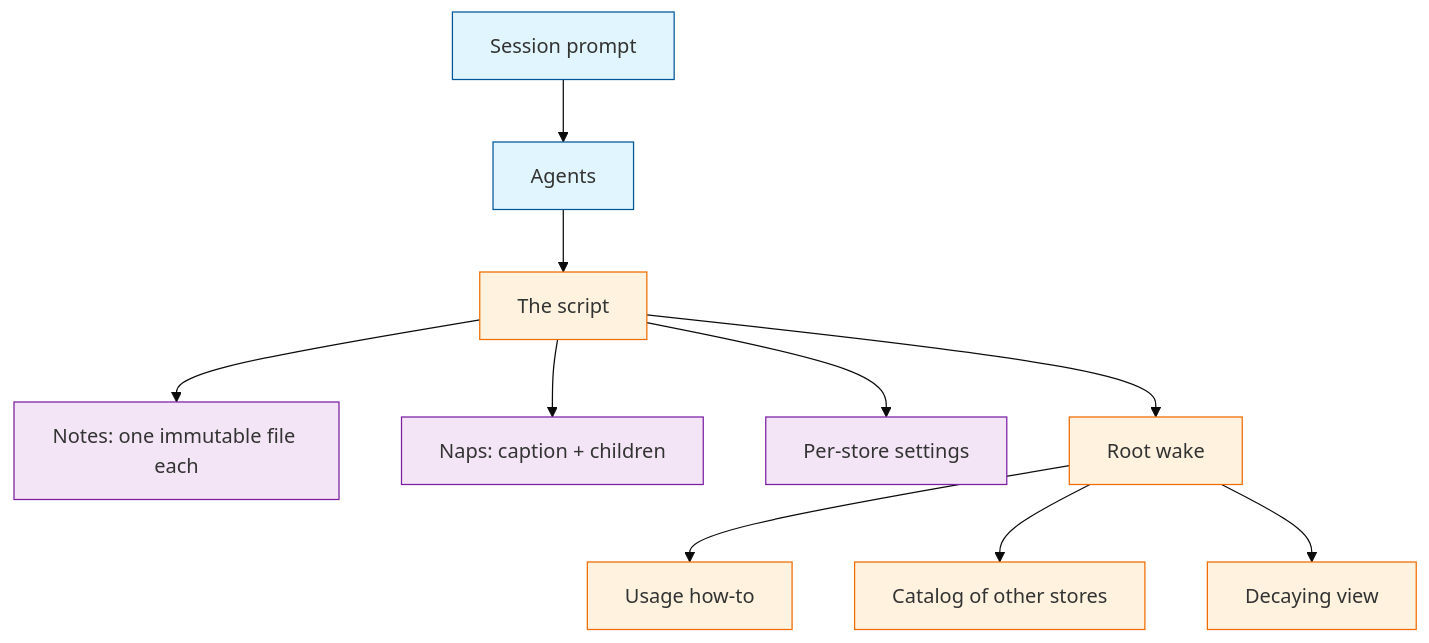
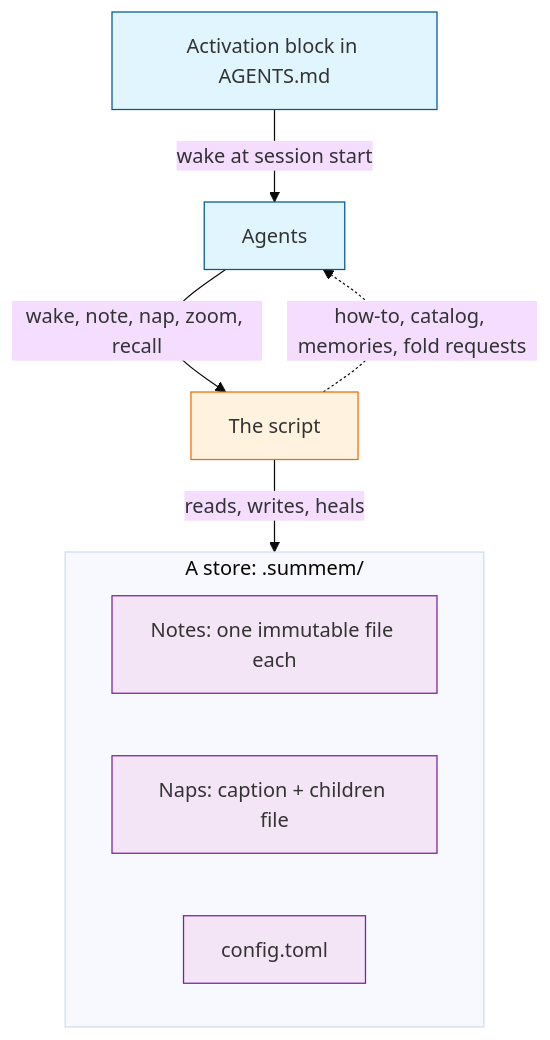
The diagram in docs/architecture/index.md (Texarkanine/SumMem), drawn with Mermaid (base theme) before and after one commit. The commit also changed other lines of this file and 64 other files, not shown here.

````diff
--- a/docs/architecture/index.md
+++ b/docs/architecture/index.md
@@ -7,16 +5,16 @@
 ```mermaid
 graph TD
     classDef agent fill:#e1f5fe,stroke:#01579b;
     classDef script fill:#fff3e0,stroke:#ef6c00;
     classDef store fill:#f3e5f5,stroke:#7b1fa2;
 
-    Prompt["Session prompt"]:::agent --> Agents["Agents"]:::agent
-    Agents --> CLI["The script"]:::script
-    CLI --> Notes["Notes: one immutable file each"]:::store
-    CLI --> Naps["Naps: caption + children"]:::store
-    CLI --> Cfg["Per-store settings"]:::store
-    CLI --> Root["Root wake"]:::script
-    Root --> Usage["Usage how-to"]:::script
-    Root --> Catalog["Catalog of other stores"]:::script
-    Root --> View["Decaying view"]:::script
+    Block["Activation block in AGENTS.md"]:::agent -->|"wake at session start"| Agents["Agents"]:::agent
+    Agents -->|"wake, note, nap, zoom, recall"| Script["The script"]:::script
+    Script -.->|"how-to, catalog, memories, fold requests"| Agents
+    Script -->|"reads, writes, heals"| Store
+    subgraph Store["A store: .summem/"]
+        Notes["Notes: one immutable file each"]:::store
+        Naps["Naps: caption + children file"]:::store
+        Cfg["config.toml"]:::store
+    end
 ```
````
